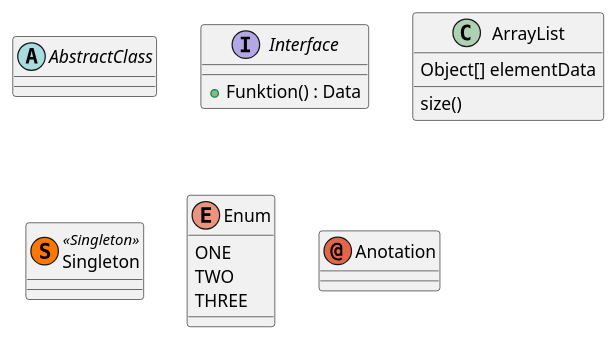
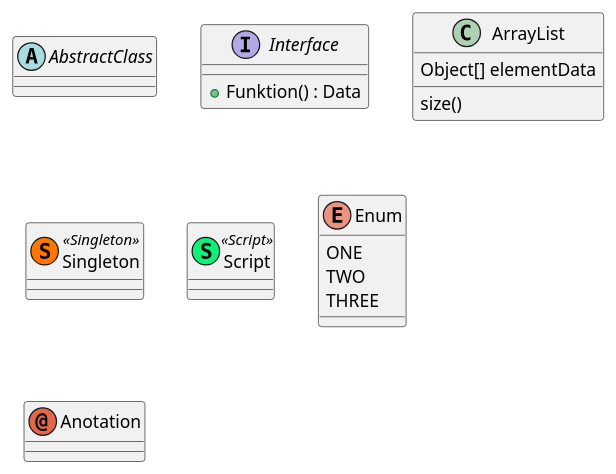
The fifth of 5 diagrams in documentation/PlantUML_Example.puml (5l1v3r1/SocialBot-1), drawn with PlantUML before and after one commit. The commit also changed 6 other files, not shown here.

Commit message:
Added StandAlone Wrapper and updated class-diagram

```diff
--- a/documentation/PlantUML_Example.puml
+++ b/documentation/PlantUML_Example.puml
@@ -40,27 +40,31 @@
 @startuml
 
 abstract class AbstractClass {
 
 }
 interface Interface {
   +Funktion() : Data
 }
 
 class ArrayList {
   Object[] elementData
   size()
 }
 
 class Singleton << (S,#FF7700) Singleton >> {
 
 }
 
+class Script << (S,#0FF077) Script >> {
+
+}
+
 enum Enum {
   ONE
   TWO
   THREE
 }
 
 annotation Anotation
 
 @enduml
```
